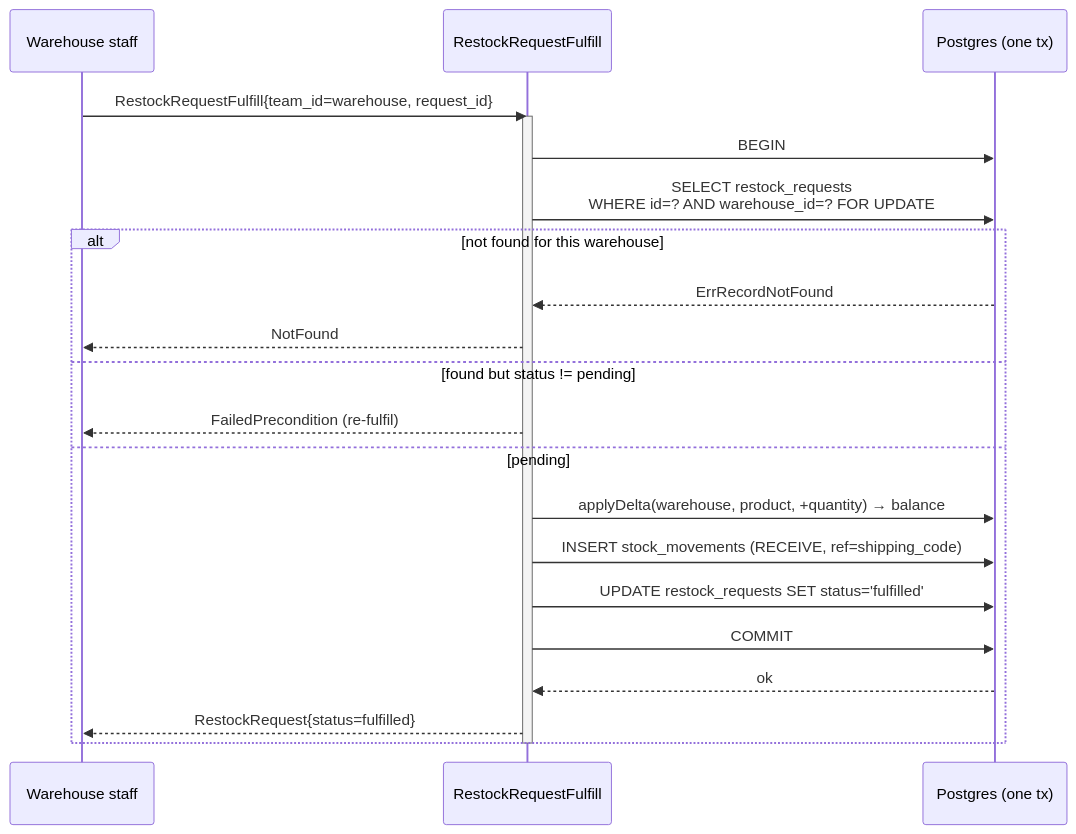
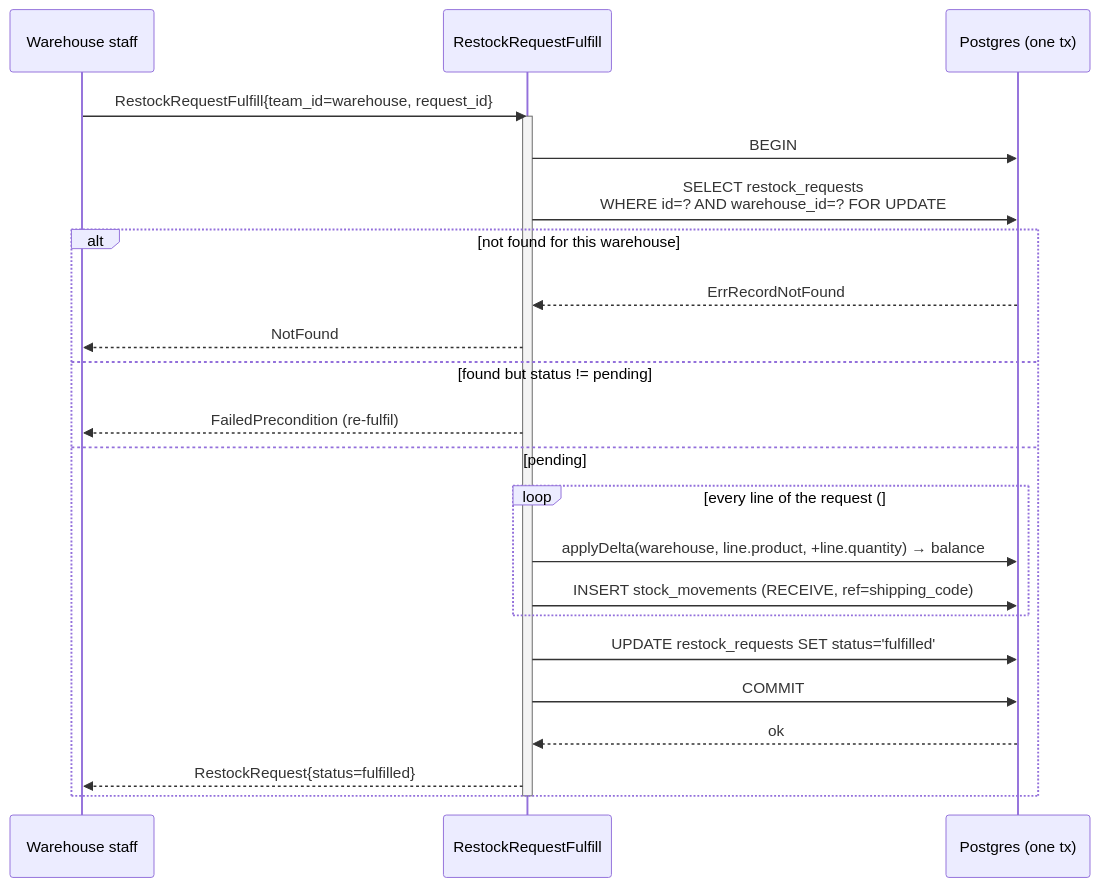
The third of 3 diagrams in docs/services/inventory_service/rpc.md (pdcgo/warehouse_revamp), drawn with Mermaid before and after one commit. The commit also changed other lines of this file and 15 other files, not shown here.

````diff
--- a/docs/services/inventory_service/rpc.md
+++ b/docs/services/inventory_service/rpc.md
@@ -90,25 +94,27 @@
 ```mermaid
 sequenceDiagram
     participant W as Warehouse staff
     participant H as RestockRequestFulfill
     participant DB as Postgres (one tx)
 
     W->>H: RestockRequestFulfill{team_id=warehouse, request_id}
     activate H
     H->>DB: BEGIN
     H->>DB: SELECT restock_requests<br/>WHERE id=? AND warehouse_id=? FOR UPDATE
     alt not found for this warehouse
         DB-->>H: ErrRecordNotFound
         H-->>W: NotFound
     else found but status != pending
         H-->>W: FailedPrecondition (re-fulfil)
     else pending
-        H->>DB: applyDelta(warehouse, product, +quantity) → balance
-        H->>DB: INSERT stock_movements (RECEIVE, ref=shipping_code)
+        loop every line of the request (#124)
+            H->>DB: applyDelta(warehouse, line.product, +line.quantity) → balance
+            H->>DB: INSERT stock_movements (RECEIVE, ref=shipping_code)
+        end
         H->>DB: UPDATE restock_requests SET status='fulfilled'
         H->>DB: COMMIT
         DB-->>H: ok
         H-->>W: RestockRequest{status=fulfilled}
     end
     deactivate H
 ```
````
